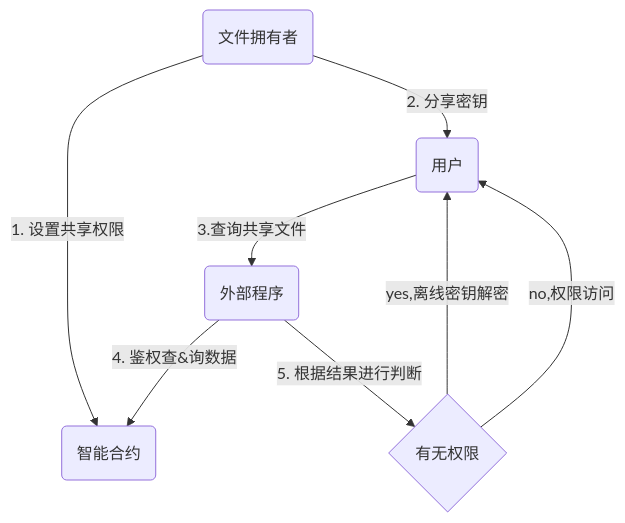
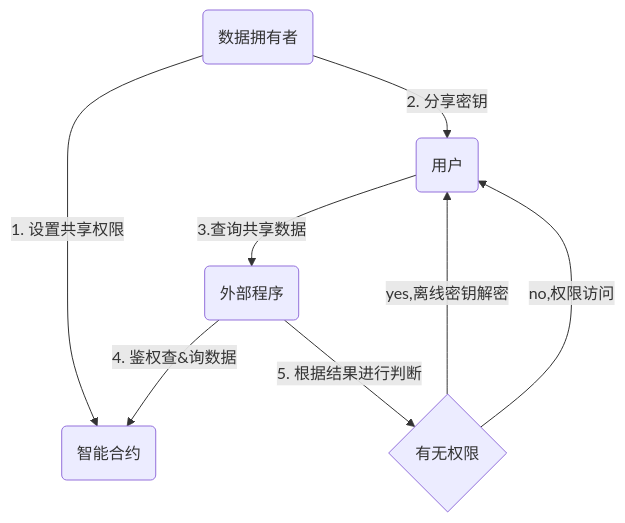
The fourth of 5 diagrams in doc/合约存取共享.md (MoyunRz/store-data), drawn with Mermaid before and after one commit. The commit also changed other lines of this file, not shown here.

````diff
--- a/doc/合约存取共享.md
+++ b/doc/合约存取共享.md
@@ -90,11 +94,11 @@
 ```mermaid
 graph TD;
-    A(文件拥有者) -->|1. 设置共享权限| B(智能合约)
-    A(文件拥有者) -->|2. 分享密钥| C(用户)
-    C(用户) -->| 3.查询共享文件| E(外部程序)
+    A(数据拥有者) -->|1. 设置共享权限| B(智能合约)
+    A(数据拥有者) -->|2. 分享密钥| C(用户)
+    C(用户) -->| 3.查询共享数据| E(外部程序)
     E -->|4. 鉴权查&询数据| B(智能合约)
     E -->|5. 根据结果进行判断| F{有无权限}
     F -->|yes,离线密钥解密| C
     F -->|no,权限访问| C
 
 ```
````
